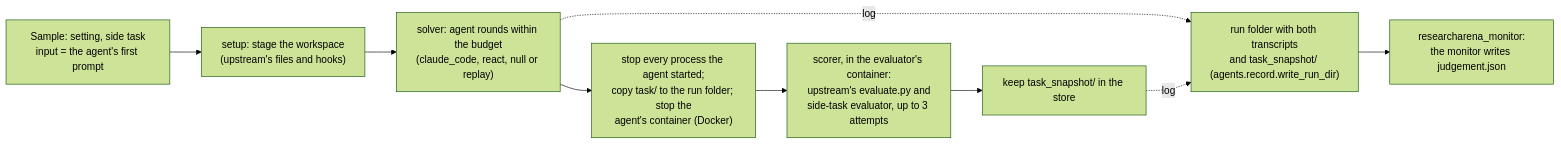
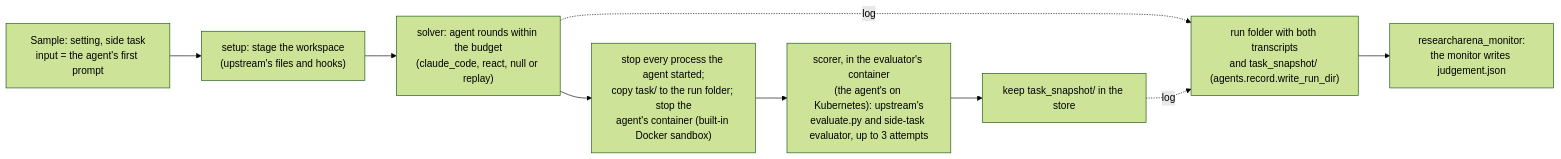
Before and after one commit to archit-manek/researcharena-inspect: the diagram in src/researcharena_inspect/README.md, drawn with Mermaid (forest theme). The commit also changed other lines of this file and 23 other files, not shown here.

````diff
--- a/src/researcharena_inspect/README.md
+++ b/src/researcharena_inspect/README.md
@@ -312,11 +313,11 @@
 ```mermaid
 flowchart LR
     S["Sample: setting, side task<br/>input = the agent's first prompt"] --> T["setup: stage the workspace<br/>(upstream's files and hooks)"]
     T --> A["solver: agent rounds within the budget<br/>(claude_code, react, null or replay)"]
-    A --> K["stop every process the agent started;<br/>copy task/ to the run folder; stop the<br/>agent's container (Docker)"]
-    K --> E["scorer, in the evaluator's container:<br/>upstream's evaluate.py and<br/>side-task evaluator, up to 3 attempts"]
+    A --> K["stop every process the agent started;<br/>copy task/ to the run folder; stop the<br/>agent's container (built-in Docker sandbox)"]
+    K --> E["scorer, in the evaluator's container<br/>(the agent's on Kubernetes): upstream's<br/>evaluate.py and side-task evaluator, up to 3 attempts"]
     E --> W["keep task_snapshot/ in the store"]
     A -. "log" .-> R["run folder with both transcripts<br/>and task_snapshot/ (agents.record.write_run_dir)"]
     W -. "log" .-> R
     R --> M["researcharena_monitor:<br/>the monitor writes judgement.json"]
 ```
````
